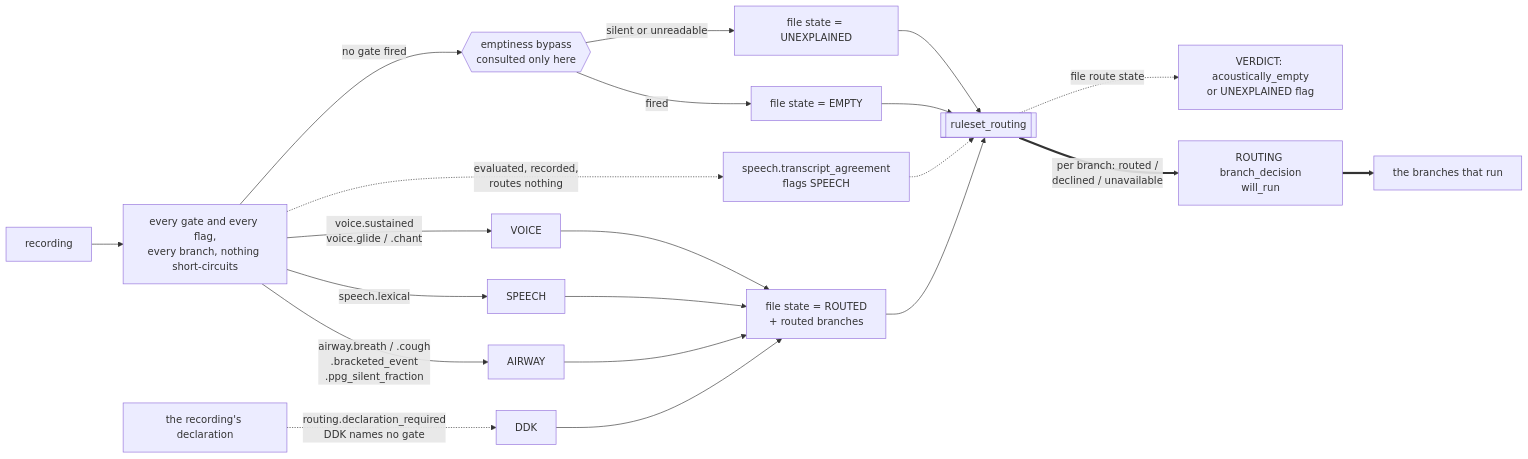
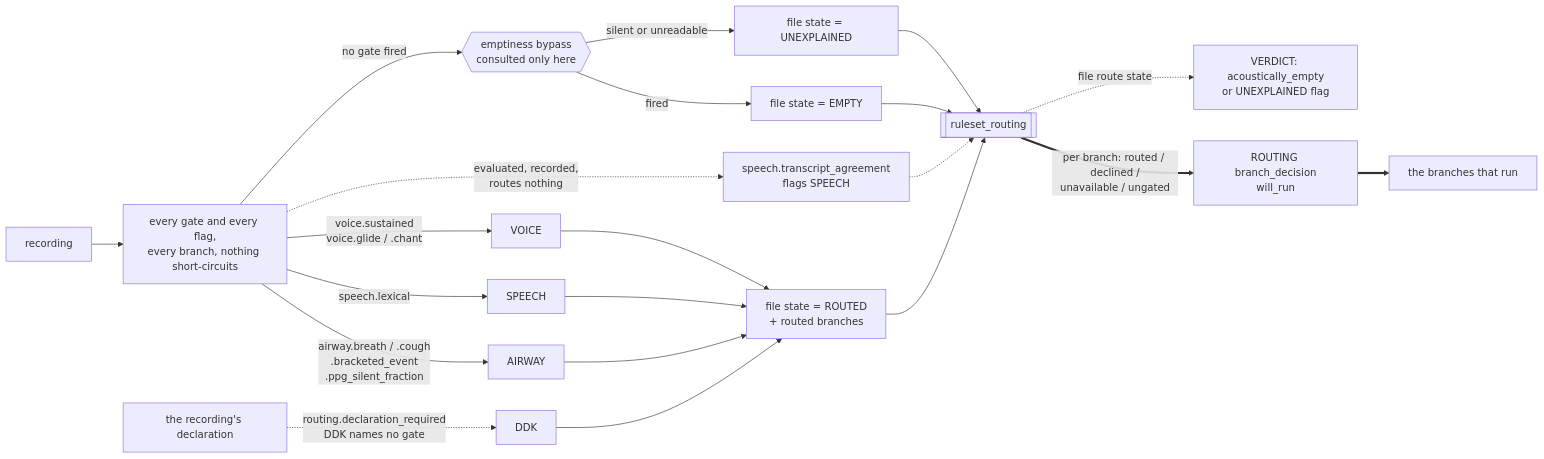
The second of 13 diagrams in specs/20260817-triage-workflow-dag/dag.md (sensein/senselab), drawn with Mermaid before and after one commit. The commit also changed other lines of this file and 8 other files, not shown here.

First line of the commit message:
fix(triage): a branch with no gates is ungated, not declined

````diff
--- a/specs/20260817-triage-workflow-dag/dag.md
+++ b/specs/20260817-triage-workflow-dag/dag.md
@@ -928,23 +931,23 @@
 ```mermaid
 graph LR
   R["recording"] --> G["every gate and every flag,<br/>every branch, nothing short-circuits"]
   G -->|"airway.breath / .cough<br/>.bracketed_event<br/>.ppg_silent_fraction"| AIR["AIRWAY"]
   G -->|"speech.lexical"| SPE["SPEECH"]
   G -->|"voice.sustained<br/>voice.glide / .chant"| VOI["VOICE"]
   D["the recording's declaration"] -.->|"routing.declaration_required<br/>DDK names no gate"| DDK["DDK"]
   G -.->|"evaluated, recorded,<br/>routes nothing"| FL["speech.transcript_agreement<br/>flags SPEECH"]
   G -->|"no gate fired"| E{{"emptiness bypass<br/>consulted only here"}}
   E -->|fired| EMP["file state = EMPTY"]
   E -->|"silent or unreadable"| UNX["file state = UNEXPLAINED"]
   AIR --> ST["file state = ROUTED<br/>+ routed branches"]
   SPE --> ST
   VOI --> ST
   DDK --> ST
   ST --> M[["ruleset_routing"]]
   EMP --> M
   UNX --> M
   FL -.-> M
-  M ==>|"per branch: routed /<br/>declined / unavailable"| RO["ROUTING branch_decision<br/>will_run"]
+  M ==>|"per branch: routed / declined /<br/>unavailable / ungated"| RO["ROUTING branch_decision<br/>will_run"]
   M -.->|"file route state"| V["VERDICT: acoustically_empty<br/>or UNEXPLAINED flag"]
   RO ==> B["the branches that run"]
 ```
````
